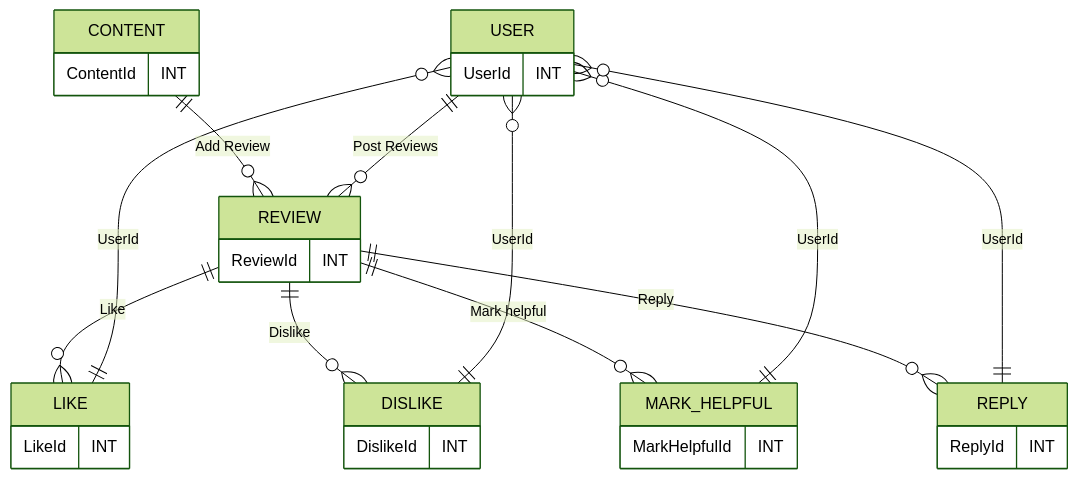
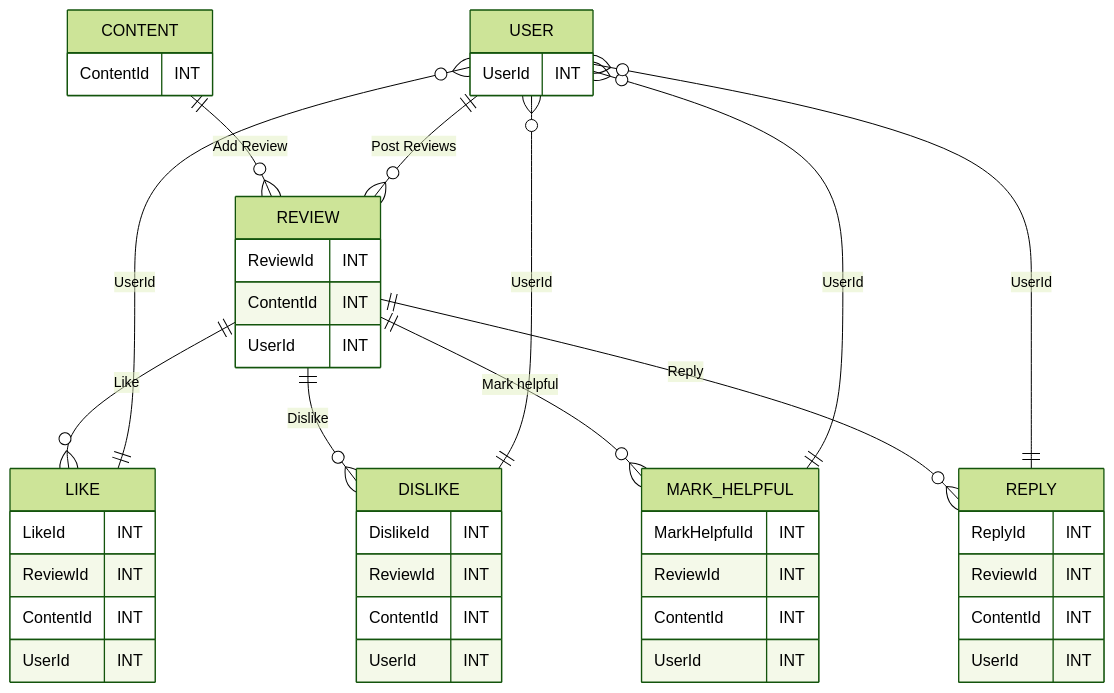
One commit to ravi-dhyani8881/Data-api changed the third of 3 diagrams in UseCase.md. Above: the diagram before and after it, drawn with Mermaid (forest theme).

````diff
--- a/UseCase.md
+++ b/UseCase.md
@@ -44,40 +44,54 @@
 ```mermaid
 erDiagram
     USER {
         UserId INT
     }
 
     CONTENT {
         ContentId INT
     }
 
     REVIEW {
         ReviewId INT
+        ContentId INT
+        UserId INT
     }
 
     LIKE {
         LikeId INT
+        ReviewId INT
+        ContentId INT
+        UserId INT
     }
 
     DISLIKE {
         DislikeId INT
+        ReviewId INT
+        ContentId INT
+        UserId INT
     }
 
     MARK_HELPFUL {
         MarkHelpfulId INT
+        ReviewId INT
+        ContentId INT
+        UserId INT
     }
 
     REPLY {
         ReplyId INT
+        ReviewId INT
+        ContentId INT
+        UserId INT
     }
     CONTENT ||--o{ REVIEW : "Add Review"
     USER ||--o{ REVIEW : "Post Reviews"
     REVIEW ||--o{ LIKE : "Like"
     REVIEW ||--o{ DISLIKE : "Dislike"
     REVIEW ||--o{ MARK_HELPFUL : "Mark helpful"
     REVIEW ||--o{ REPLY : "Reply"
     LIKE ||--o{ USER : "UserId"
     DISLIKE ||--o{ USER : "UserId"
     MARK_HELPFUL ||--o{ USER : "UserId"
     REPLY ||--o{ USER : "UserId"
 ```
````
